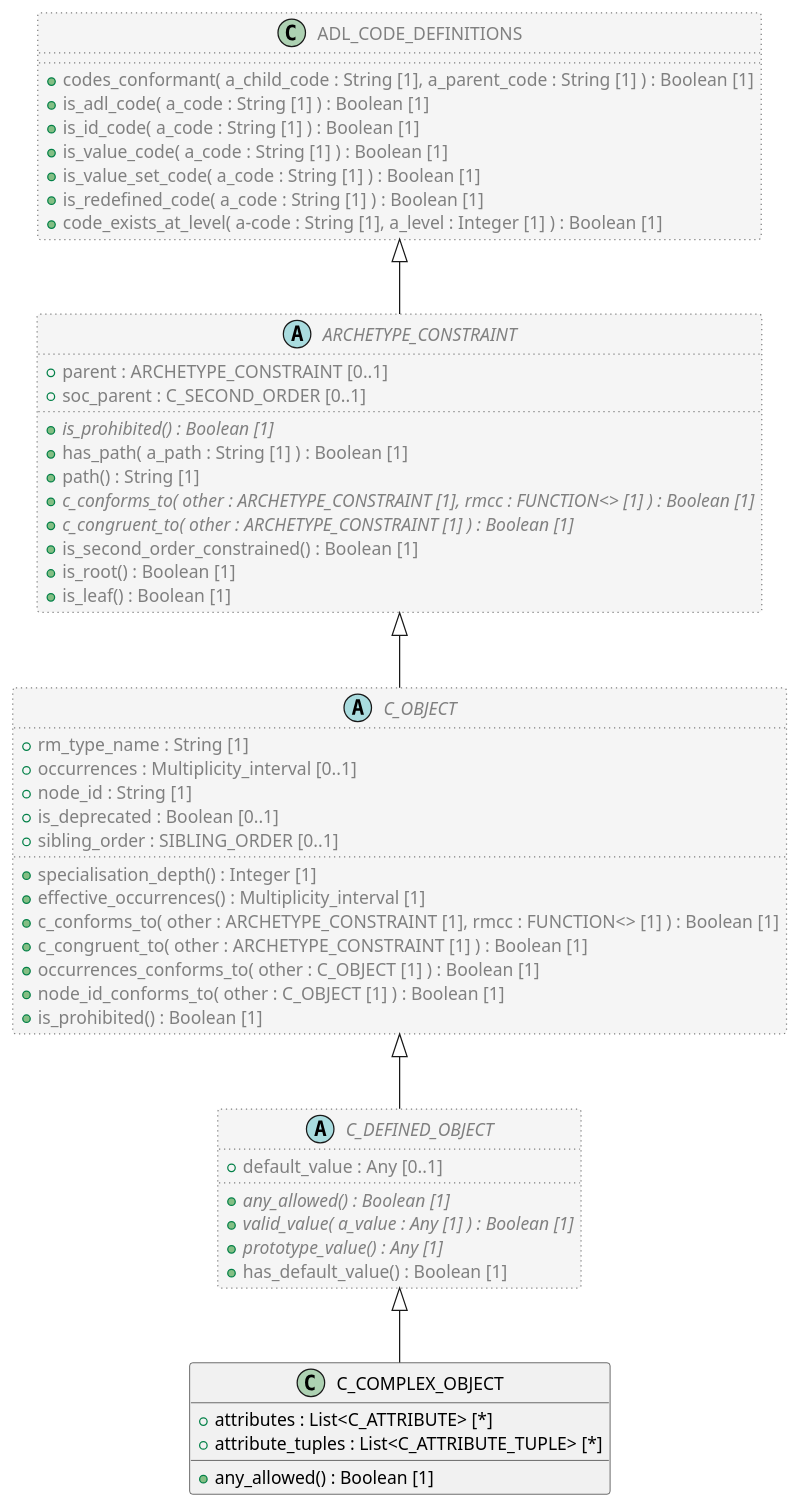
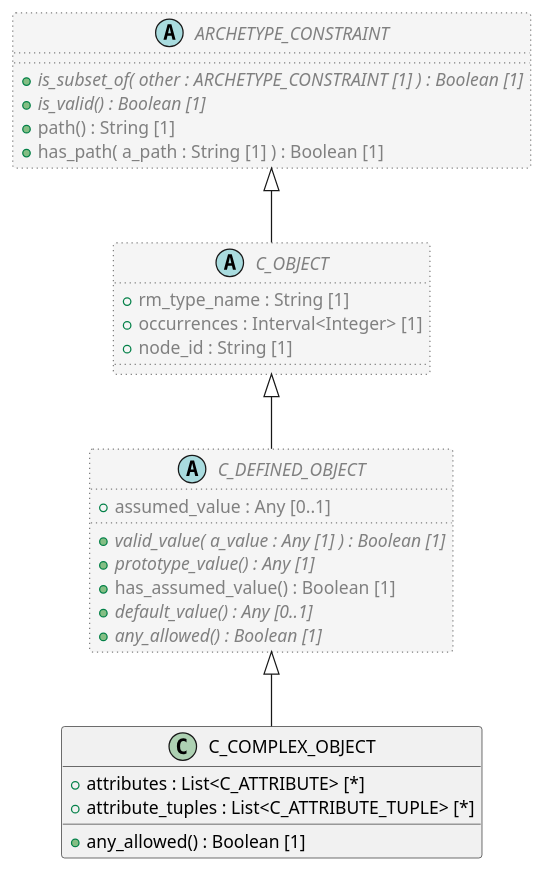
One commit to sebastian-iancu/code-generator changed the diagram in code/PlantUML/openehr_am_2.2.0/org/openehr/am/aom2/constraint_model/C_COMPLEX_OBJECT.puml. Above: the diagram before and after it, drawn with PlantUML. The commit also changed 140 other files, not shown here.

Commit message:
regenerate plantUML variant

```diff
--- a/code/PlantUML/openehr_am_2.2.0/org/openehr/am/aom2/constraint_model/C_COMPLEX_OBJECT.puml
+++ b/code/PlantUML/openehr_am_2.2.0/org/openehr/am/aom2/constraint_model/C_COMPLEX_OBJECT.puml
@@ -1,64 +1,38 @@
 @startuml
 
 class C_COMPLEX_OBJECT {
   + attributes : List<C_ATTRIBUTE> [*]
   + attribute_tuples : List<C_ATTRIBUTE_TUPLE> [*]
   + any_allowed() : Boolean [1]
 }
 
 abstract class C_DEFINED_OBJECT  #whitesmoke;line:gray;line.dotted;text:gray {
-  + default_value : Any [0..1]
-  + {abstract} any_allowed() : Boolean [1]
+  + assumed_value : Any [0..1]
   + {abstract} valid_value( a_value : Any [1] ) : Boolean [1]
   + {abstract} prototype_value() : Any [1]
-  + has_default_value() : Boolean [1]
+  + has_assumed_value() : Boolean [1]
+  + {abstract} default_value() : Any [0..1]
+  + {abstract} any_allowed() : Boolean [1]
 }
 
 abstract class C_OBJECT  #whitesmoke;line:gray;line.dotted;text:gray {
   + rm_type_name : String [1]
-  + occurrences : Multiplicity_interval [0..1]
+  + occurrences : Interval<Integer> [1]
   + node_id : String [1]
-  + is_deprecated : Boolean [0..1]
-  + sibling_order : SIBLING_ORDER [0..1]
-  + specialisation_depth() : Integer [1]
-  + effective_occurrences() : Multiplicity_interval [1]
-  + c_conforms_to( other : ARCHETYPE_CONSTRAINT [1], rmcc : FUNCTION<> [1] ) : Boolean [1]
-  + c_congruent_to( other : ARCHETYPE_CONSTRAINT [1] ) : Boolean [1]
-  + occurrences_conforms_to( other : C_OBJECT [1] ) : Boolean [1]
-  + node_id_conforms_to( other : C_OBJECT [1] ) : Boolean [1]
-  + is_prohibited() : Boolean [1]
 }
 
 abstract class ARCHETYPE_CONSTRAINT  #whitesmoke;line:gray;line.dotted;text:gray {
-  + parent : ARCHETYPE_CONSTRAINT [0..1]
-  + soc_parent : C_SECOND_ORDER [0..1]
-  + {abstract} is_prohibited() : Boolean [1]
+  + {abstract} is_subset_of( other : ARCHETYPE_CONSTRAINT [1] ) : Boolean [1]
+  + {abstract} is_valid() : Boolean [1]
+  + path() : String [1]
   + has_path( a_path : String [1] ) : Boolean [1]
-  + path() : String [1]
-  + {abstract} c_conforms_to( other : ARCHETYPE_CONSTRAINT [1], rmcc : FUNCTION<> [1] ) : Boolean [1]
-  + {abstract} c_congruent_to( other : ARCHETYPE_CONSTRAINT [1] ) : Boolean [1]
-  + is_second_order_constrained() : Boolean [1]
-  + is_root() : Boolean [1]
-  + is_leaf() : Boolean [1]
 }
-
-class ADL_CODE_DEFINITIONS  #whitesmoke;line:gray;line.dotted;text:gray {
-  + codes_conformant( a_child_code : String [1], a_parent_code : String [1] ) : Boolean [1]
-  + is_adl_code( a_code : String [1] ) : Boolean [1]
-  + is_id_code( a_code : String [1] ) : Boolean [1]
-  + is_value_code( a_code : String [1] ) : Boolean [1]
-  + is_value_set_code( a_code : String [1] ) : Boolean [1]
-  + is_redefined_code( a_code : String [1] ) : Boolean [1]
-  + code_exists_at_level( a-code : String [1], a_level : Integer [1] ) : Boolean [1]
-}
-
-ADL_CODE_DEFINITIONS <|-- ARCHETYPE_CONSTRAINT
 
 ARCHETYPE_CONSTRAINT <|-- C_OBJECT
 
 C_OBJECT <|-- C_DEFINED_OBJECT
 
 C_DEFINED_OBJECT <|-- C_COMPLEX_OBJECT
 
 
 @enduml
```
